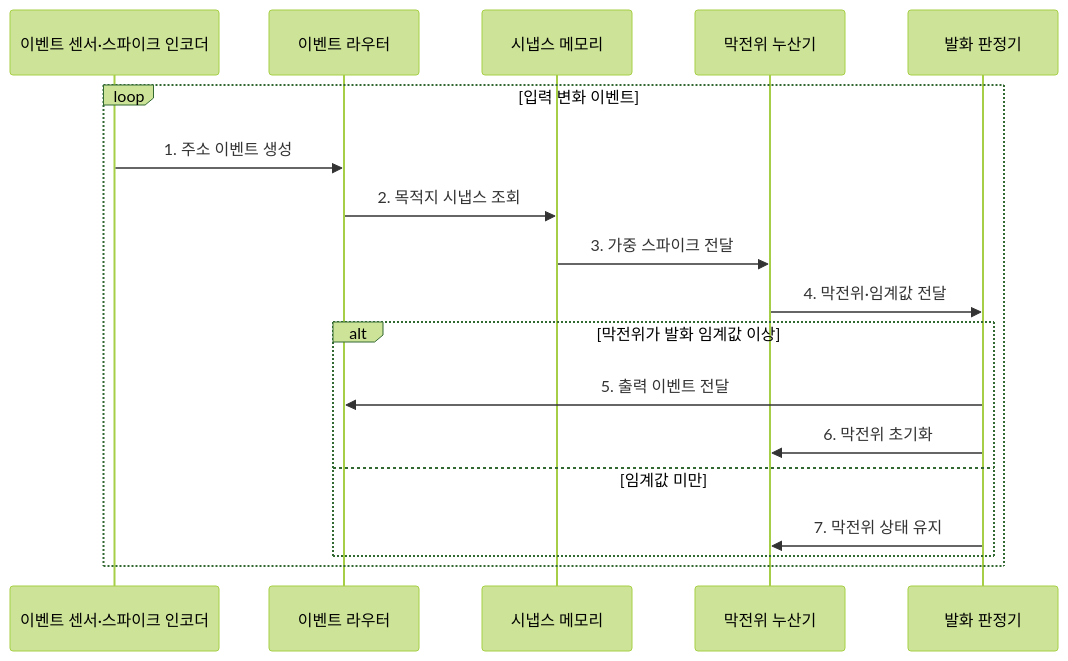
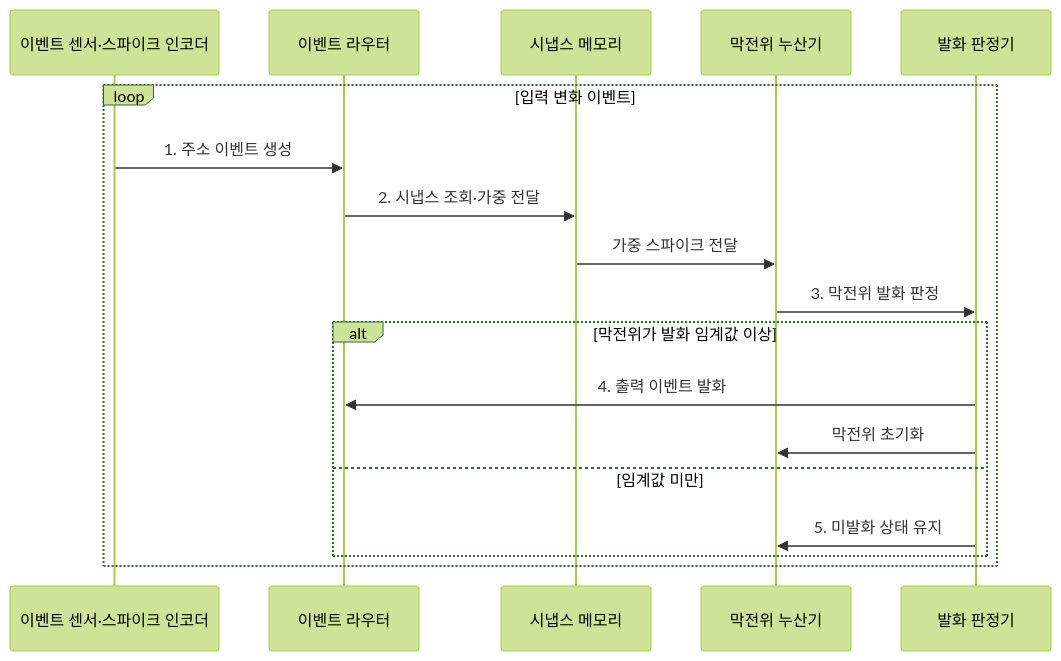
The second of 2 diagrams in src/content/docs/notes/02-hardware/051_neuromorphic_computing.md (agnusdei1207/knowledge-base), drawn with Mermaid (forest theme) before and after one commit. The commit also changed other lines of this file and 86 other files, not shown here.

````diff
--- a/src/content/docs/notes/02-hardware/051_neuromorphic_computing.md
+++ b/src/content/docs/notes/02-hardware/051_neuromorphic_computing.md
@@ -84,21 +84,21 @@
 ```mermaid
 sequenceDiagram
     participant S as 이벤트 센서·스파이크 인코더
     participant R as 이벤트 라우터
     participant M as 시냅스 메모리
     participant N as 막전위 누산기
     participant F as 발화 판정기
 
     loop 입력 변화 이벤트
         S->>R: 1. 주소 이벤트 생성
-        R->>M: 2. 목적지 시냅스 조회
-        M->>N: 3. 가중 스파이크 전달
-        N->>F: 4. 막전위·임계값 전달
+        R->>M: 2. 시냅스 조회·가중 전달
+        M->>N: 가중 스파이크 전달
+        N->>F: 3. 막전위 발화 판정
         alt 막전위가 발화 임계값 이상
-            F->>R: 5. 출력 이벤트 전달
-            F->>N: 6. 막전위 초기화
+            F->>R: 4. 출력 이벤트 발화
+            F->>N: 막전위 초기화
         else 임계값 미만
-            F->>N: 7. 막전위 상태 유지
+            F->>N: 5. 미발화 상태 유지
         end
     end
 ```
````
